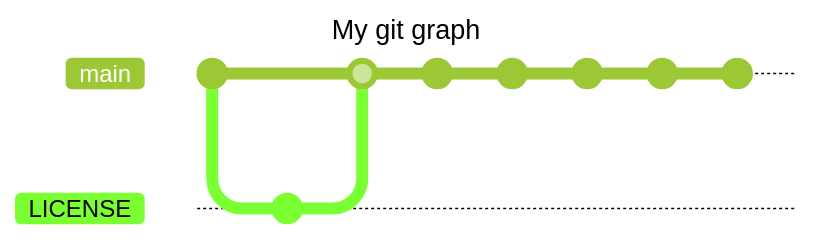
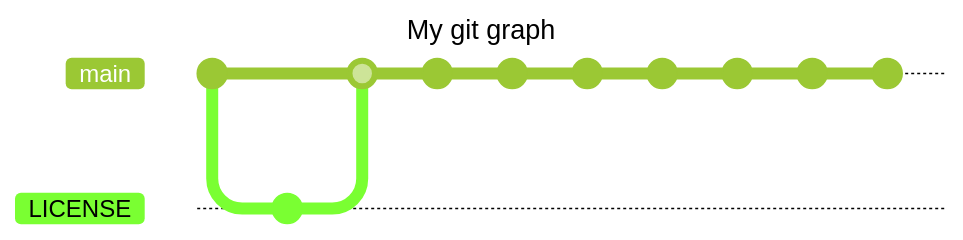
One commit to Cooperzilla/Macro-Language changed the second of 2 diagrams in readme.md. Above: the diagram before and after it, drawn with Mermaid (forest theme). The commit also changed other lines of this file and 3 other files, not shown here. Commit ids are hidden.

````diff
--- a/readme.md
+++ b/readme.md
@@ -290,16 +419,18 @@
 ```mermaid
 ---
 title: My git graph
 ---
 gitGraph
     commit
     branch LICENSE
     commit
     checkout main
     merge LICENSE
     commit
     commit
     commit
     commit
     commit
+    commit
+    commit
 ```
````
